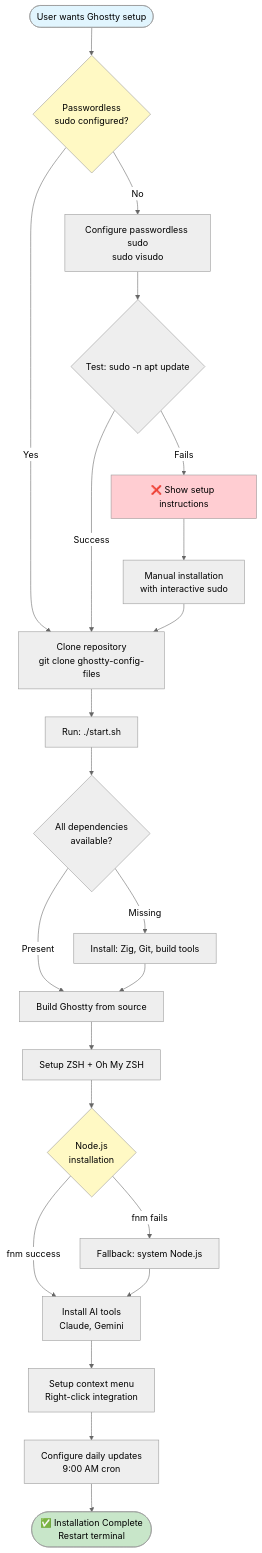
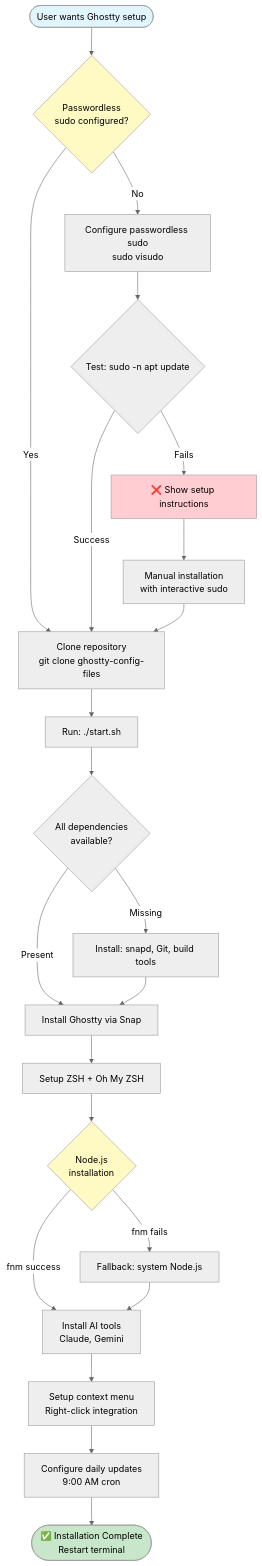
One commit to kairin/ghostty-config-files changed the diagram in README.md. Above: the diagram before and after it, drawn with Mermaid (neutral theme). The commit also changed other lines of this file and 25 other files, not shown here.

First line of the commit message:
feat(ghostty): Complete Snap-only migration

````diff
--- a/README.md
+++ b/README.md
@@ -35,37 +35,37 @@
 ```mermaid
 flowchart TD
     Start([User wants Ghostty setup]) --> CheckSudo{Passwordless<br/>sudo configured?}
 
     CheckSudo -->|No| ConfigSudo[Configure passwordless sudo<br/>sudo visudo]
     CheckSudo -->|Yes| CloneRepo[Clone repository<br/>git clone ghostty-config-files]
     ConfigSudo --> TestSudo{Test: sudo -n apt update}
     TestSudo -->|Fails| ShowError[❌ Show setup instructions]
     TestSudo -->|Success| CloneRepo
 
     CloneRepo --> RunInstall[Run: ./start.sh]
     RunInstall --> CheckDeps{All dependencies<br/>available?}
 
-    CheckDeps -->|Missing| InstallDeps[Install: Zig, Git, build tools]
-    CheckDeps -->|Present| BuildGhostty[Build Ghostty from source]
-    InstallDeps --> BuildGhostty
+    CheckDeps -->|Missing| InstallDeps[Install: snapd, Git, build tools]
+    CheckDeps -->|Present| InstallGhostty[Install Ghostty via Snap]
+    InstallDeps --> InstallGhostty
 
-    BuildGhostty --> ConfigZsh[Setup ZSH + Oh My ZSH]
+    InstallGhostty --> ConfigZsh[Setup ZSH + Oh My ZSH]
     ConfigZsh --> InstallNode{Node.js<br/>installation}
 
     InstallNode -->|fnm success| InstallAI[Install AI tools<br/>Claude, Gemini]
     InstallNode -->|fnm fails| SystemNode[Fallback: system Node.js]
     SystemNode --> InstallAI
 
     InstallAI --> ConfigContext[Setup context menu<br/>Right-click integration]
     ConfigContext --> DailyUpdates[Configure daily updates<br/>9:00 AM cron]
     DailyUpdates --> Complete([✅ Installation Complete<br/>Restart terminal])
 
     ShowError --> Manual[Manual installation<br/>with interactive sudo]
     Manual --> CloneRepo
 
     style Start fill:#e1f5fe
     style Complete fill:#c8e6c9
     style ShowError fill:#ffcdd2
     style CheckSudo fill:#fff9c4
     style InstallNode fill:#fff9c4
 ```
````
